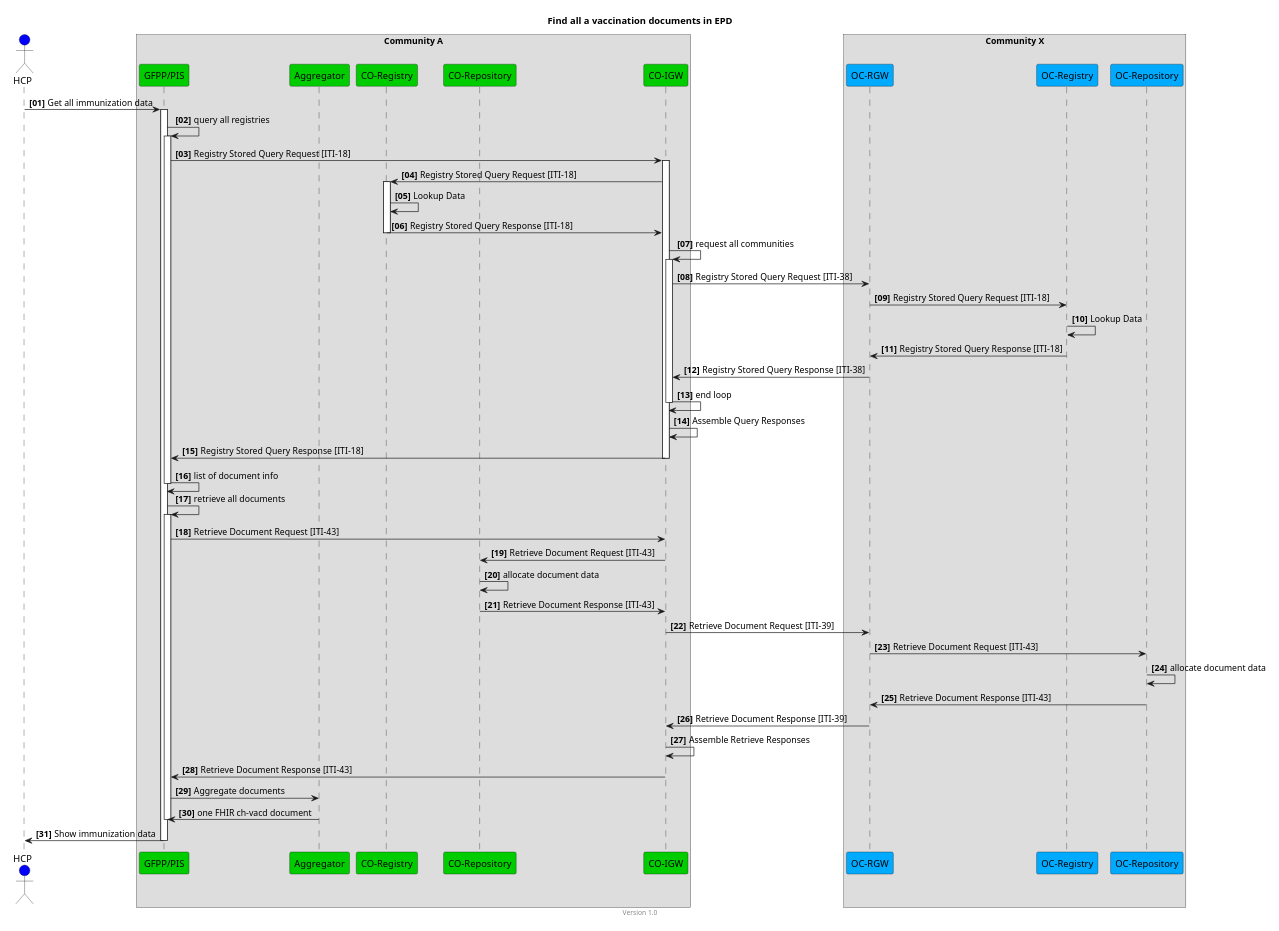
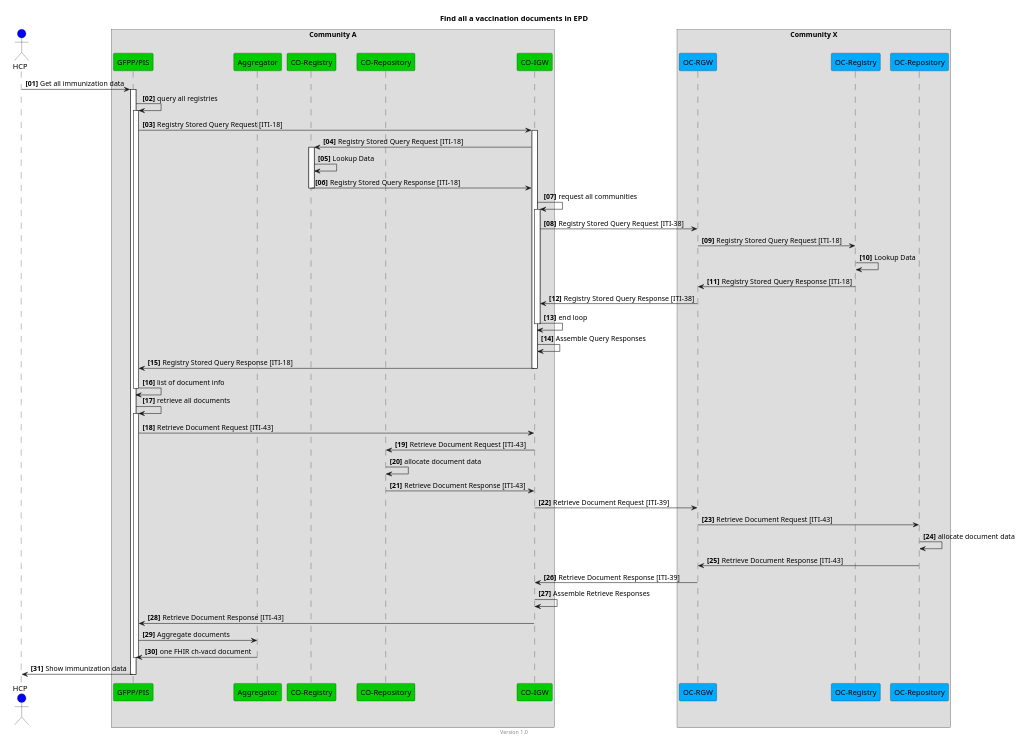
Before and after one commit to hl7ch/ch-vacd: the diagram in input/images-source/epd-find-all-vaccination-docs.plantuml, drawn with PlantUML. The commit also changed 15 other files, not shown here.

Commit message:
add text and diagrams to the usecases EPD

```diff
--- a/input/images-source/epd-find-all-vaccination-docs.plantuml
+++ b/input/images-source/epd-find-all-vaccination-docs.plantuml
@@ -1,66 +1,66 @@
 @startuml
 title Find all a vaccination documents in EPD
 footer Version 1.0
 skinparam responseMessageBelowArrow true
-scale max 1000 width
+scale max 800 width
 
 actor HCP #blue
 box "Community A"
 participant "GFPP/PIS" #00CC00
 participant "Aggregator" #00CC00
 participant "CO-Registry" #00CC00
 participant "CO-Repository" #00CC00
 participant "CO-IGW" #00CC00
 end box
 box "Community X"
 participant "OC-RGW" #00aaff
 participant "OC-Registry" #00aaff
 participant "OC-Repository" #00aaff
 end box
 
 autonumber "<b>[00]"
 HCP -> "GFPP/PIS": Get all immunization data
 activate "GFPP/PIS"
 "GFPP/PIS" -> "GFPP/PIS": query all registries
 activate "GFPP/PIS"
 "GFPP/PIS" -> "CO-IGW":  Registry Stored Query Request [ITI-18]
 activate "CO-IGW"
 "CO-IGW" -> "CO-Registry": Registry Stored Query Request [ITI-18]
 activate "CO-Registry"
 "CO-Registry" -> "CO-Registry": Lookup Data
 "CO-Registry" -> "CO-IGW": Registry Stored Query Response [ITI-18]
 deactivate "CO-Registry"
 "CO-IGW" -> "CO-IGW": request all communities
 activate "CO-IGW"
 "CO-IGW" -> "OC-RGW": Registry Stored Query Request [ITI-38]
 "OC-RGW" -> "OC-Registry": Registry Stored Query Request [ITI-18]
 "OC-Registry" -> "OC-Registry": Lookup Data
 "OC-Registry" -> "OC-RGW": Registry Stored Query Response [ITI-18]
 "OC-RGW" -> "CO-IGW": Registry Stored Query Response [ITI-38]
 "CO-IGW" -> "CO-IGW": end loop
 deactivate "CO-IGW"
 
 "CO-IGW" -> "CO-IGW": Assemble Query Responses
 "CO-IGW" -> "GFPP/PIS": Registry Stored Query Response [ITI-18]
 deactivate "CO-IGW"
 "GFPP/PIS" -> "GFPP/PIS": list of document info
 deactivate "GFPP/PIS"
 "GFPP/PIS" -> "GFPP/PIS": retrieve all documents
 activate "GFPP/PIS"
 "GFPP/PIS" -> "CO-IGW": Retrieve Document Request [ITI-43]
 "CO-IGW" -> "CO-Repository": Retrieve Document Request [ITI-43]
 "CO-Repository" -> "CO-Repository": allocate document data
 "CO-Repository" -> "CO-IGW": Retrieve Document Response [ITI-43]
 "CO-IGW" -> "OC-RGW": Retrieve Document Request [ITI-39]
 "OC-RGW" -> "OC-Repository": Retrieve Document Request [ITI-43]
 "OC-Repository" -> "OC-Repository": allocate document data
 "OC-Repository" -> "OC-RGW": Retrieve Document Response [ITI-43]
 "OC-RGW" -> "CO-IGW": Retrieve Document Response [ITI-39]
 "CO-IGW" -> "CO-IGW": Assemble Retrieve Responses
 "CO-IGW" -> "GFPP/PIS": Retrieve Document Response [ITI-43]
 "GFPP/PIS" -> "Aggregator": Aggregate documents
 "Aggregator" -> "GFPP/PIS": one FHIR ch-vacd document
 deactivate "GFPP/PIS"
 "GFPP/PIS" -> HCP: Show immunization data
 deactivate "GFPP/PIS"
 @enduml
```
